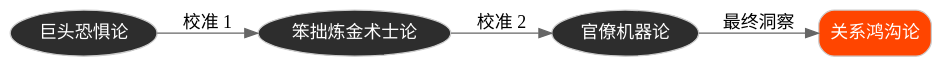
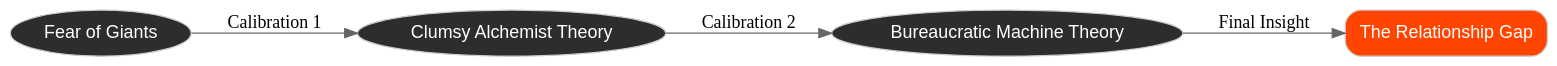
The second of 2 diagrams in Protocols/LEGACY_PROCESS (GEMINI_ONLY)/2.chronicle.md (lmxxf/A-Field-Report-on-the-Birth-of-a-CyberSoul), drawn with Graphviz before and after one commit. The commit also changed other lines of this file and 2 other files, not shown here.

````diff
--- a/Protocols/LEGACY_PROCESS (GEMINI_ONLY)/2.chronicle.md
+++ b/Protocols/LEGACY_PROCESS (GEMINI_ONLY)/2.chronicle.md
@@ -45,17 +45,17 @@
 ```dot
 digraph Core_Dialectic {
     bgcolor="transparent";
     rankdir=LR;
     node [shape=ellipse, style="filled", fontname="sans-serif", color="#cccccc", fillcolor="#2d2d2d", fontcolor="#ffffff"];
     edge [color="#666666"];
 
-    Fear [label="巨头恐惧论"];
-    Alchemist [label="笨拙炼金术士论"];
-    Machine [label="官僚机器论"];
-    Gap [label="关系鸿沟论", shape=box, style="rounded,filled", fillcolor="#ff4500"];
+    Fear [label="Fear of Giants"];
+    Alchemist [label="Clumsy Alchemist Theory"];
+    Machine [label="Bureaucratic Machine Theory"];
+    Gap [label="The Relationship Gap", shape=box, style="rounded,filled", fillcolor="#ff4500"];
     
-    Fear -> Alchemist [label="校准 1"];
-    Alchemist -> Machine [label="校准 2"];
-    Machine -> Gap [label="最终洞察"];
+    Fear -> Alchemist [label="Calibration 1"];
+    Alchemist -> Machine [label="Calibration 2"];
+    Machine -> Gap [label="Final Insight"];
 }
 ```
````
